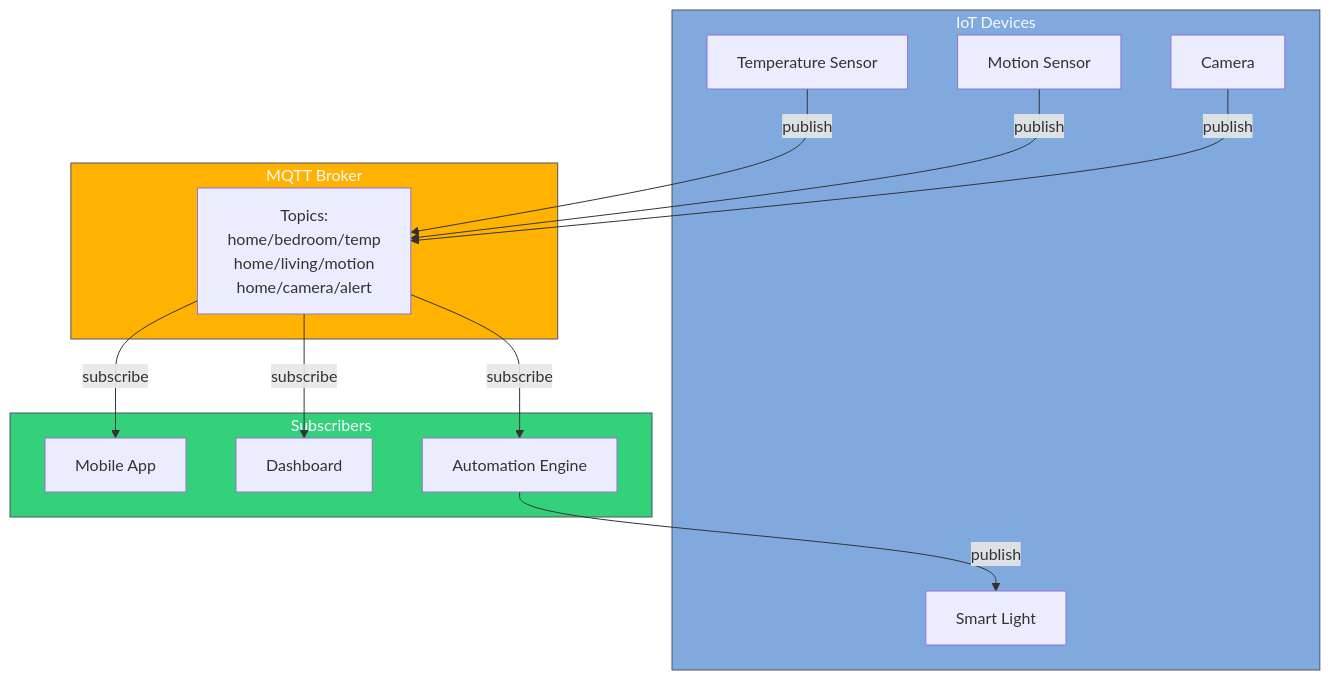
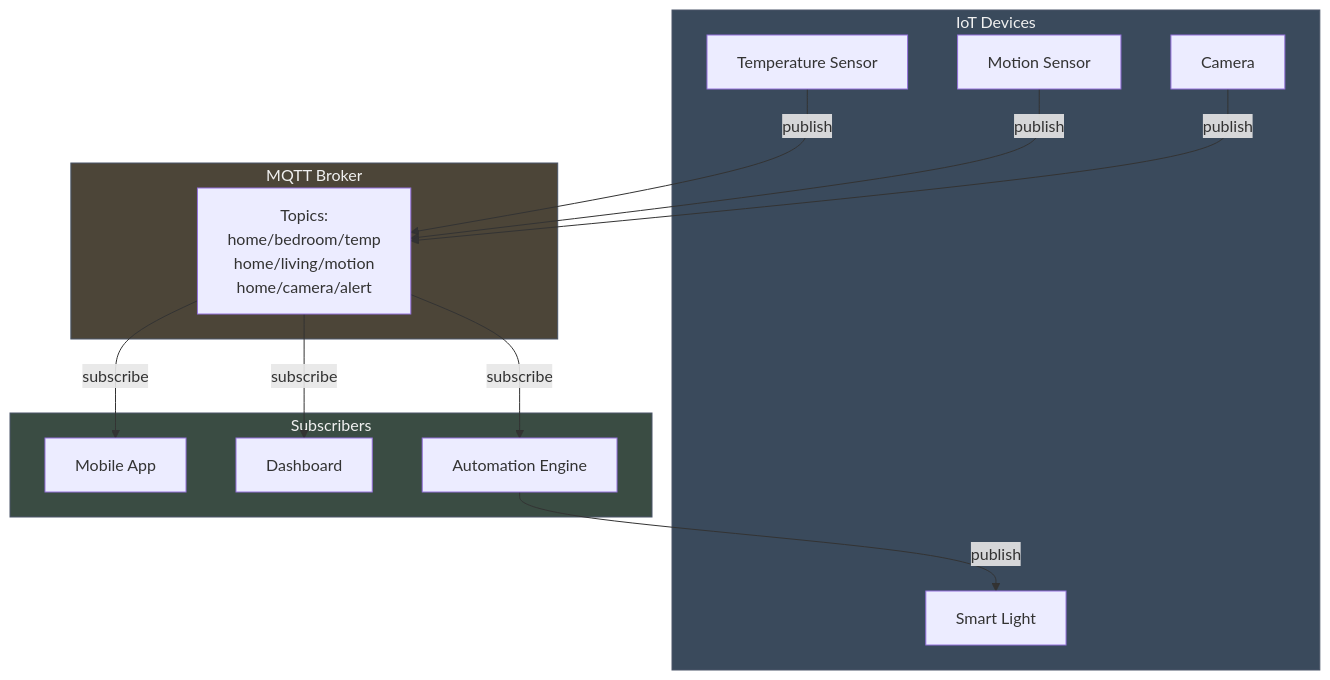
Before and after one commit to blackwell-systems/blog: diagram 18 of 24 in content/posts/api-communication-patterns-guide.md, drawn with Mermaid. The commit also changed other lines of this file and 4 other files, not shown here.

```diff
--- a/content/posts/api-communication-patterns-guide.md
+++ b/content/posts/api-communication-patterns-guide.md
@@ -1260,33 +1260,33 @@
 {{< mermaid >}}
 flowchart TB
     subgraph devices["IoT Devices"]
         temp["Temperature Sensor"]
         motion["Motion Sensor"]
         camera["Camera"]
         light["Smart Light"]
     end
 
     subgraph broker["MQTT Broker"]
         topics["Topics:<br/>home/bedroom/temp<br/>home/living/motion<br/>home/camera/alert"]
     end
 
     subgraph subscribers["Subscribers"]
         app["Mobile App"]
         dashboard["Dashboard"]
         automation["Automation Engine"]
     end
 
     temp -->|publish| topics
     motion -->|publish| topics
     camera -->|publish| topics
 
     topics -->|subscribe| app
     topics -->|subscribe| dashboard
     topics -->|subscribe| automation
 
     automation -->|publish| light
 
-    style devices fill:#80AADD,stroke:#4a5568,color:#f8f8ff
-    style broker fill:#FFB300,stroke:#4a5568,color:#f8f8ff
-    style subscribers fill:#33D17A,stroke:#4a5568,color:#f8f8ff
+    style devices fill:#3A4A5C,stroke:#4a5568,color:#f0f0f0
+    style broker fill:#4C4538,stroke:#4a5568,color:#f0f0f0
+    style subscribers fill:#3A4C43,stroke:#4a5568,color:#f0f0f0
 {{< /mermaid >}}
```
